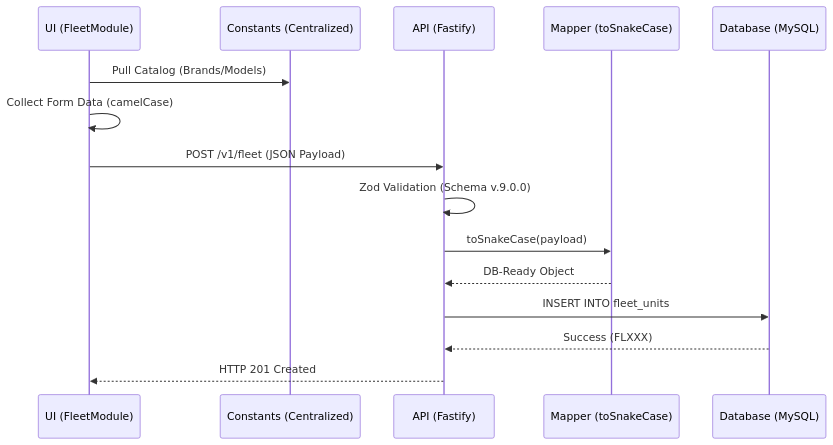
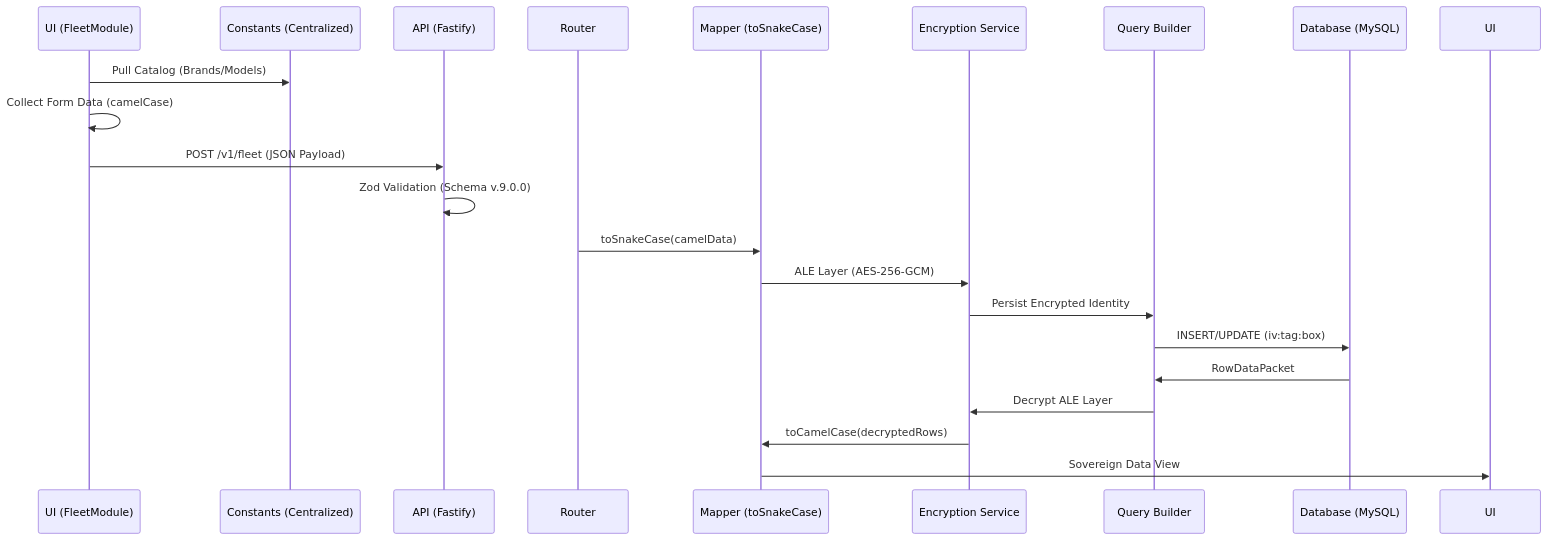
Before and after one commit to felipemiramontesr/mantenimiento_piic: the third of 4 diagrams in SYSTEM_ARCHITECTURE.md, drawn with Mermaid. The commit also changed other lines of this file and 4 other files, not shown here.

Commit message:
v.11.0.0: Protocolo Sentinel - Blind Identity Integration. Implemented AES-256-GCM encryption for 'motor' and 'tarjeta_circulacion' with backward compatible decryption logic. Updated blueprints and dashboard certification.

````diff
--- a/SYSTEM_ARCHITECTURE.md
+++ b/SYSTEM_ARCHITECTURE.md
@@ -87,18 +87,24 @@
 ```mermaid
 sequenceDiagram
     participant U as UI (FleetModule)
     participant C as Constants (Centralized)
     participant A as API (Fastify)
-    participant M as Mapper (toSnakeCase)
-    participant D as Database (MySQL)
+    participant Route as Router
+    participant Mapper as Mapper (toSnakeCase)
+    participant Encryption as Encryption Service
+    participant Query as Query Builder
+    participant DB as Database (MySQL)
 
     U->>C: Pull Catalog (Brands/Models)
     U->>U: Collect Form Data (camelCase)
     U->>A: POST /v1/fleet (JSON Payload)
     A->>A: Zod Validation (Schema v.9.0.0)
-    A->>M: toSnakeCase(payload)
-    M-->>A: DB-Ready Object
-    A->>D: INSERT INTO fleet_units
-    D-->>A: Success (FLXXX)
-    A-->>U: HTTP 201 Created
+    Route->>Mapper: toSnakeCase(camelData)
+    Mapper->>Encryption: ALE Layer (AES-256-GCM)
+    Encryption->>Query: Persist Encrypted Identity
+    Query->>DB: INSERT/UPDATE (iv:tag:box)
+    DB->>Query: RowDataPacket
+    Query->>Encryption: Decrypt ALE Layer
+    Encryption->>Mapper: toCamelCase(decryptedRows)
+    Mapper->>UI: Sovereign Data View
 ```
````
